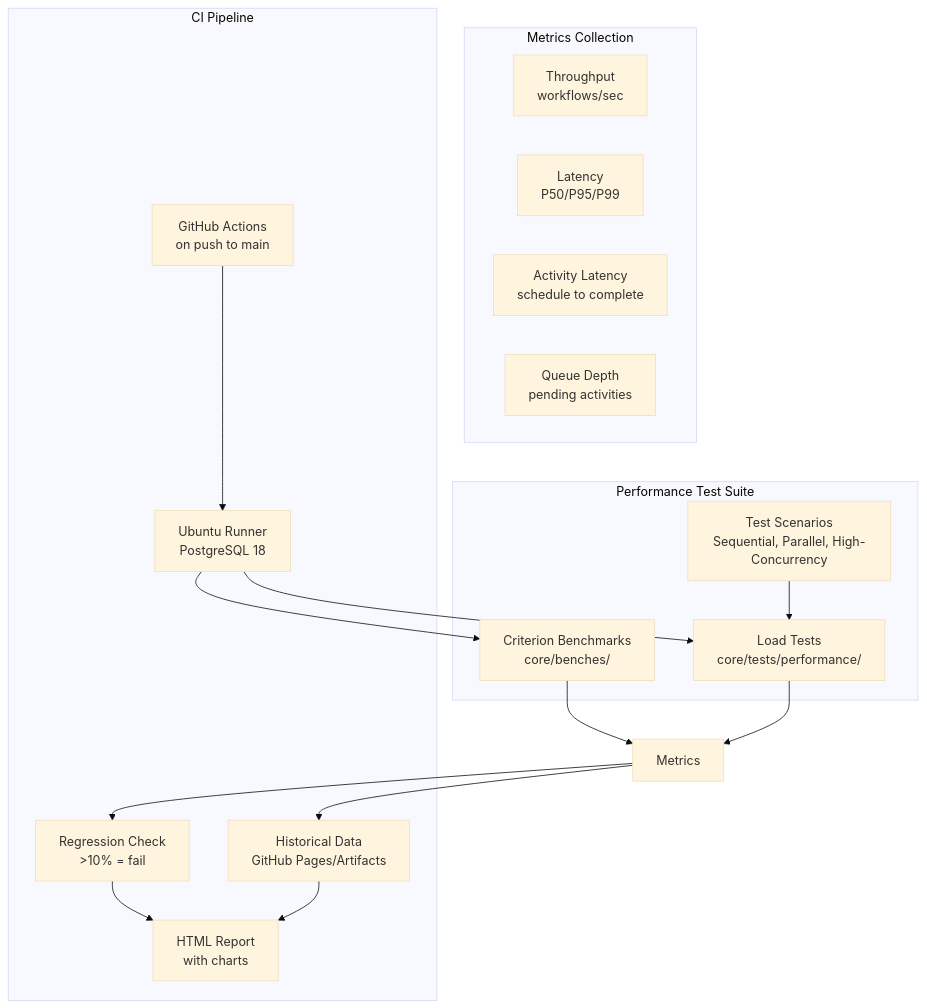
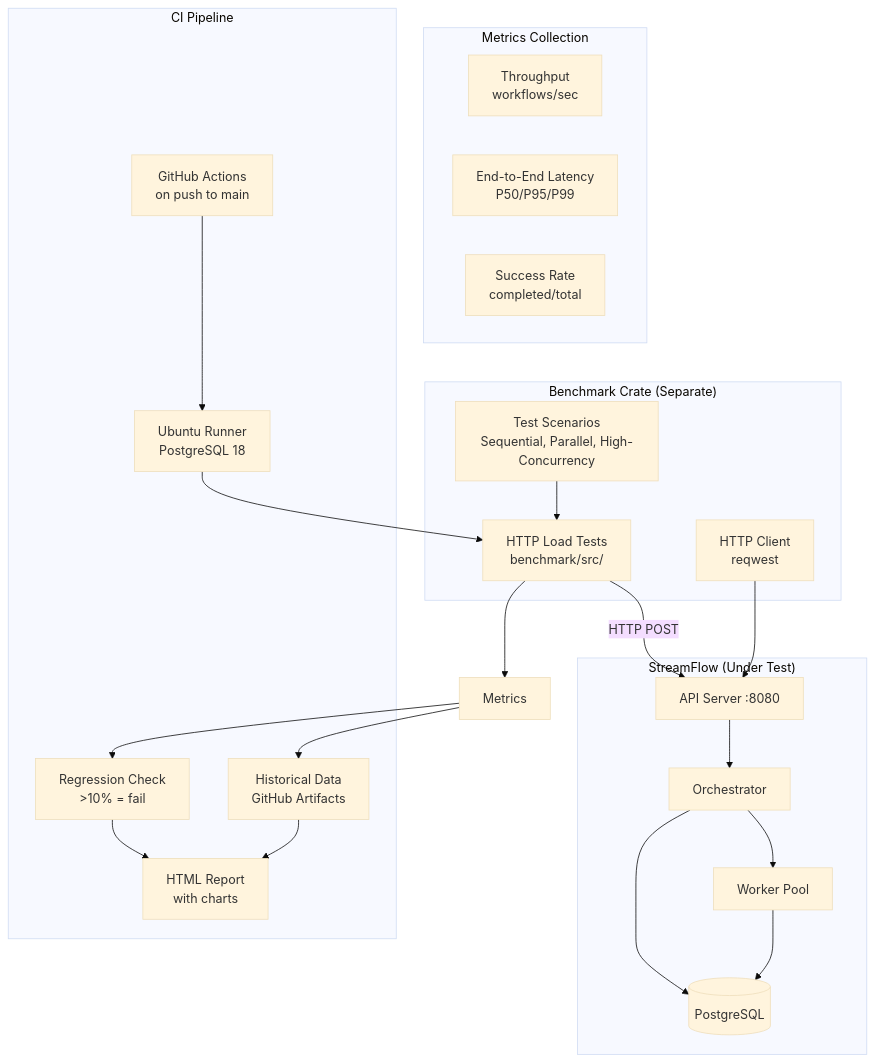
One commit to kruxia/kruxiaflow changed the diagram in docs/implementation/US-2.1-automated-performance-test-suite.md. Above: the diagram before and after it, drawn with Mermaid (base theme). The commit also changed other lines of this file, not shown here.

````diff
--- a/docs/implementation/US-2.1-automated-performance-test-suite.md
+++ b/docs/implementation/US-2.1-automated-performance-test-suite.md
@@ -39,35 +48,46 @@
 ```mermaid
 flowchart TB
-    subgraph "Performance Test Suite"
-        Criterion[Criterion Benchmarks<br/>core/benches/]
-        LoadTests[Load Tests<br/>core/tests/performance/]
+    subgraph "Benchmark Crate (Separate)"
+        LoadTests[HTTP Load Tests<br/>benchmark/src/]
         Scenarios[Test Scenarios<br/>Sequential, Parallel, High-Concurrency]
+        HttpClient[HTTP Client<br/>reqwest]
+    end
+
+    subgraph "StreamFlow (Under Test)"
+        API[API Server :8080]
+        Orch[Orchestrator]
+        Worker[Worker Pool]
+        DB[(PostgreSQL)]
     end
 
     subgraph "Metrics Collection"
         Throughput[Throughput<br/>workflows/sec]
-        Latency[Latency<br/>P50/P95/P99]
-        Activity[Activity Latency<br/>schedule to complete]
-        Queue[Queue Depth<br/>pending activities]
+        Latency[End-to-End Latency<br/>P50/P95/P99]
+        Success[Success Rate<br/>completed/total]
     end
 
     subgraph "CI Pipeline"
         Trigger[GitHub Actions<br/>on push to main]
         Runner[Ubuntu Runner<br/>PostgreSQL 18]
         Compare[Regression Check<br/>>10% = fail]
-        Store[Historical Data<br/>GitHub Pages/Artifacts]
+        Store[Historical Data<br/>GitHub Artifacts]
         Report[HTML Report<br/>with charts]
     end
 
-    Criterion --> Metrics
+    LoadTests -->|HTTP POST| API
+    Scenarios --> LoadTests
+    HttpClient --> API
+    API --> Orch
+    Orch --> Worker
+    Orch --> DB
+    Worker --> DB
+
     LoadTests --> Metrics
-    Scenarios --> LoadTests
 
     Trigger --> Runner
-    Runner --> Criterion
     Runner --> LoadTests
     Metrics --> Compare
     Metrics --> Store
     Compare --> Report
     Store --> Report
 ```
````
